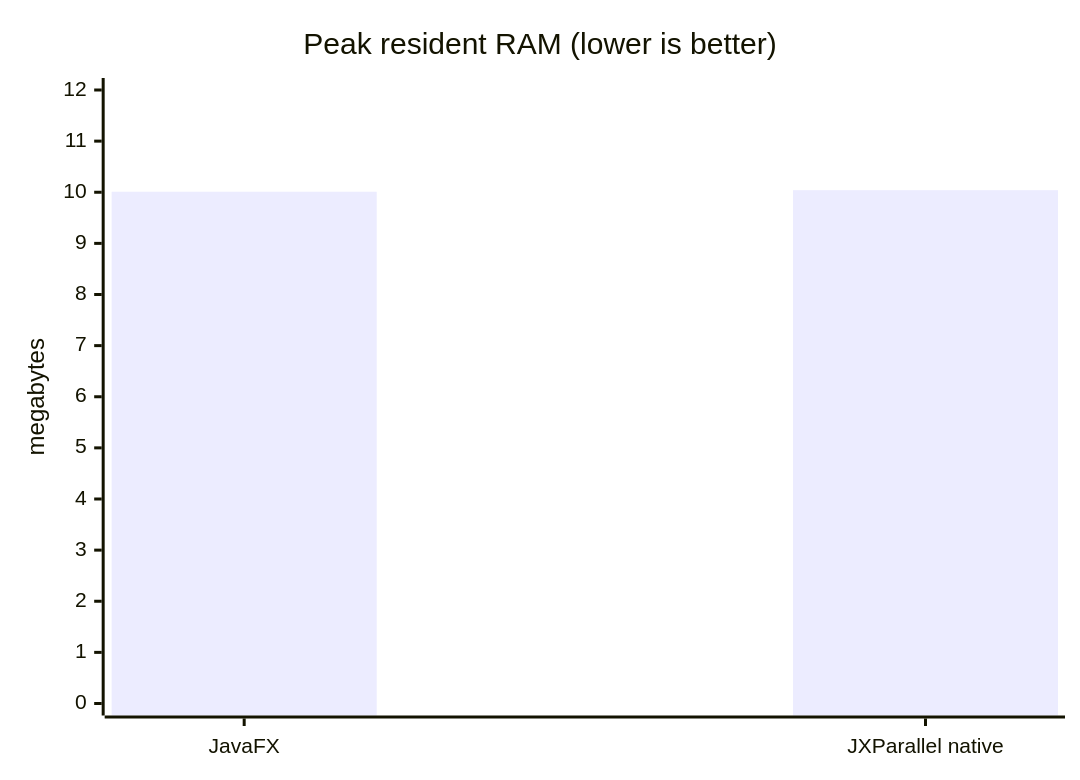
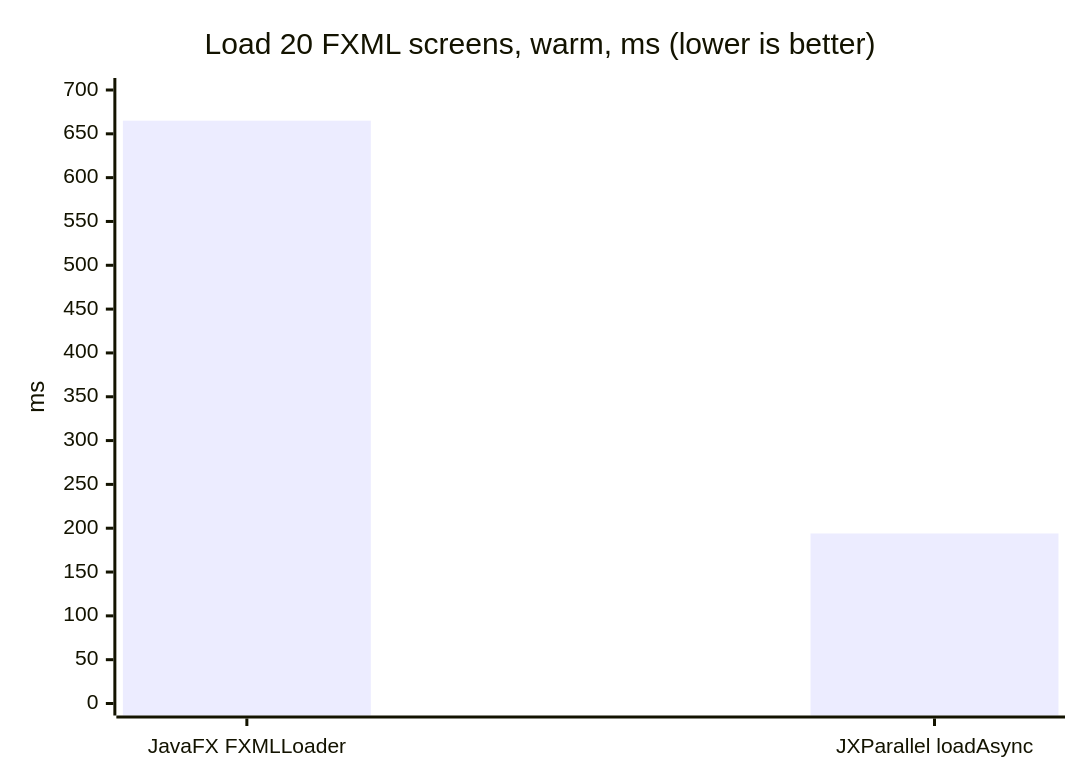
Before and after one commit to Bacuriim/JXParallel: the sixth of 6 diagrams in README.md, drawn with Mermaid. The commit also changed other lines of this file and 4 other files, not shown here.

````diff
--- a/README.md
+++ b/README.md
@@ -281,7 +385,7 @@
 ```mermaid
 xychart-beta
-    title "Peak resident RAM (lower is better)"
-    x-axis ["JavaFX", "JXParallel native"]
-    y-axis "megabytes" 0 --> 12
-    bar [10.01, 10.04]
+    title "Load 20 FXML screens, warm, ms (lower is better)"
+    x-axis ["JavaFX FXMLLoader", "JXParallel loadAsync"]
+    y-axis "ms" 0 --> 700
+    bar [665, 194]
 ```
````
